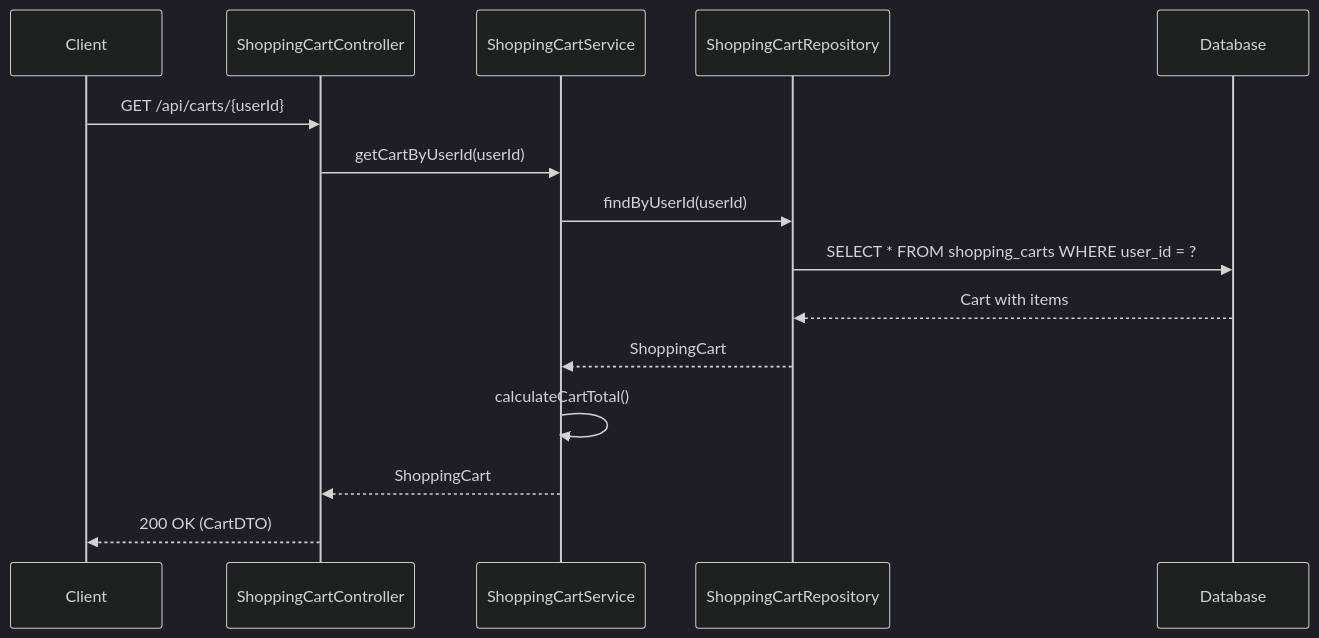
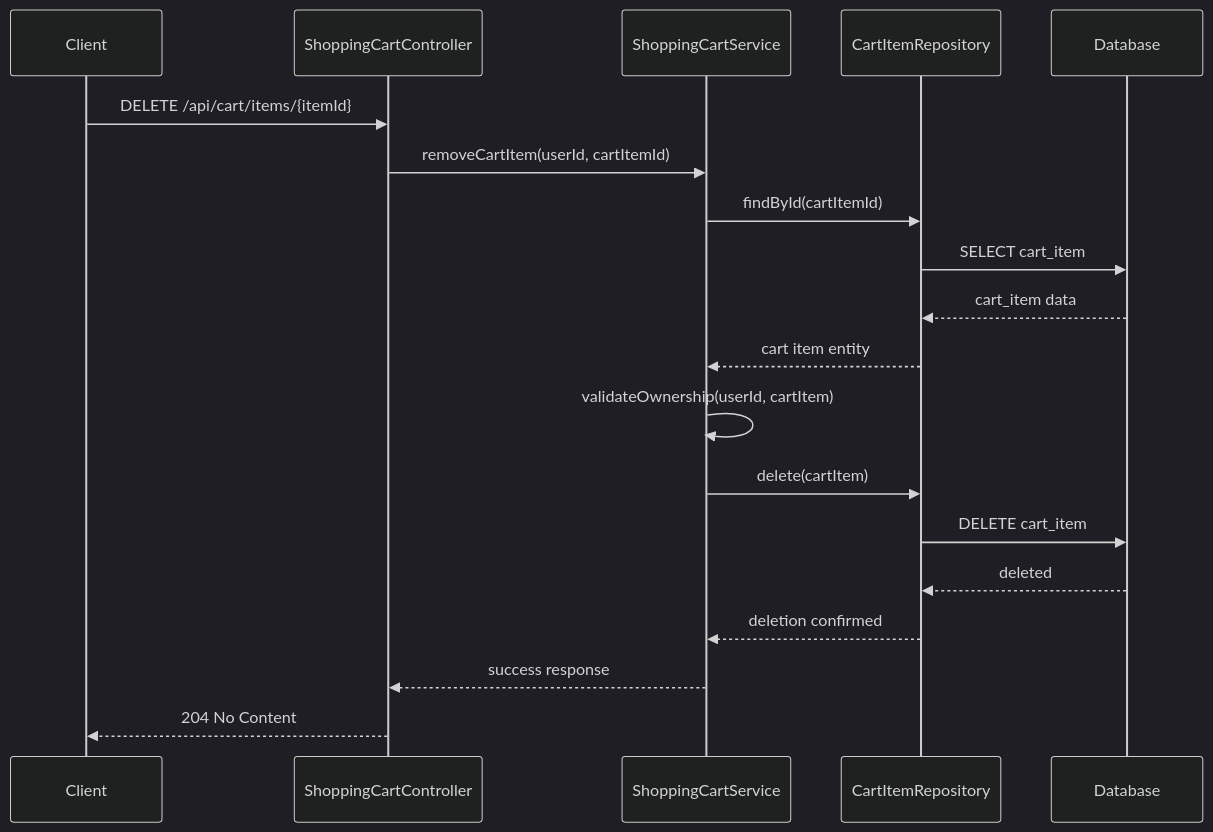
Diagram 13 of 13 in docs/LLD/modified_lld.md (NavneetBN47/aava-ecom-demo), drawn with Mermaid (dark theme) before and after one commit. The commit also changed other lines of this file, not shown here.

````diff
--- a/docs/LLD/modified_lld.md
+++ b/docs/LLD/modified_lld.md
@@ -585,19 +576,22 @@
 ```mermaid
 sequenceDiagram
     participant Client
     participant ShoppingCartController
     participant ShoppingCartService
-    participant ShoppingCartRepository
+    participant CartItemRepository
     participant Database
 
-    Client->>ShoppingCartController: GET /api/carts/{userId}
-    ShoppingCartController->>ShoppingCartService: getCartByUserId(userId)
-    ShoppingCartService->>ShoppingCartRepository: findByUserId(userId)
-    ShoppingCartRepository->>Database: SELECT * FROM shopping_carts WHERE user_id = ?
-    Database-->>ShoppingCartRepository: Cart with items
-    ShoppingCartRepository-->>ShoppingCartService: ShoppingCart
-    
-    ShoppingCartService->>ShoppingCartService: calculateCartTotal()
-    ShoppingCartService-->>ShoppingCartController: ShoppingCart
-    ShoppingCartController-->>Client: 200 OK (CartDTO)
+    Client->>ShoppingCartController: DELETE /api/cart/items/{itemId}
+    ShoppingCartController->>ShoppingCartService: removeCartItem(userId, cartItemId)
+    ShoppingCartService->>CartItemRepository: findById(cartItemId)
+    CartItemRepository->>Database: SELECT cart_item
+    Database-->>CartItemRepository: cart_item data
+    CartItemRepository-->>ShoppingCartService: cart item entity
+    ShoppingCartService->>ShoppingCartService: validateOwnership(userId, cartItem)
+    ShoppingCartService->>CartItemRepository: delete(cartItem)
+    CartItemRepository->>Database: DELETE cart_item
+    Database-->>CartItemRepository: deleted
+    CartItemRepository-->>ShoppingCartService: deletion confirmed
+    ShoppingCartService-->>ShoppingCartController: success response
+    ShoppingCartController-->>Client: 204 No Content
 ```
````
